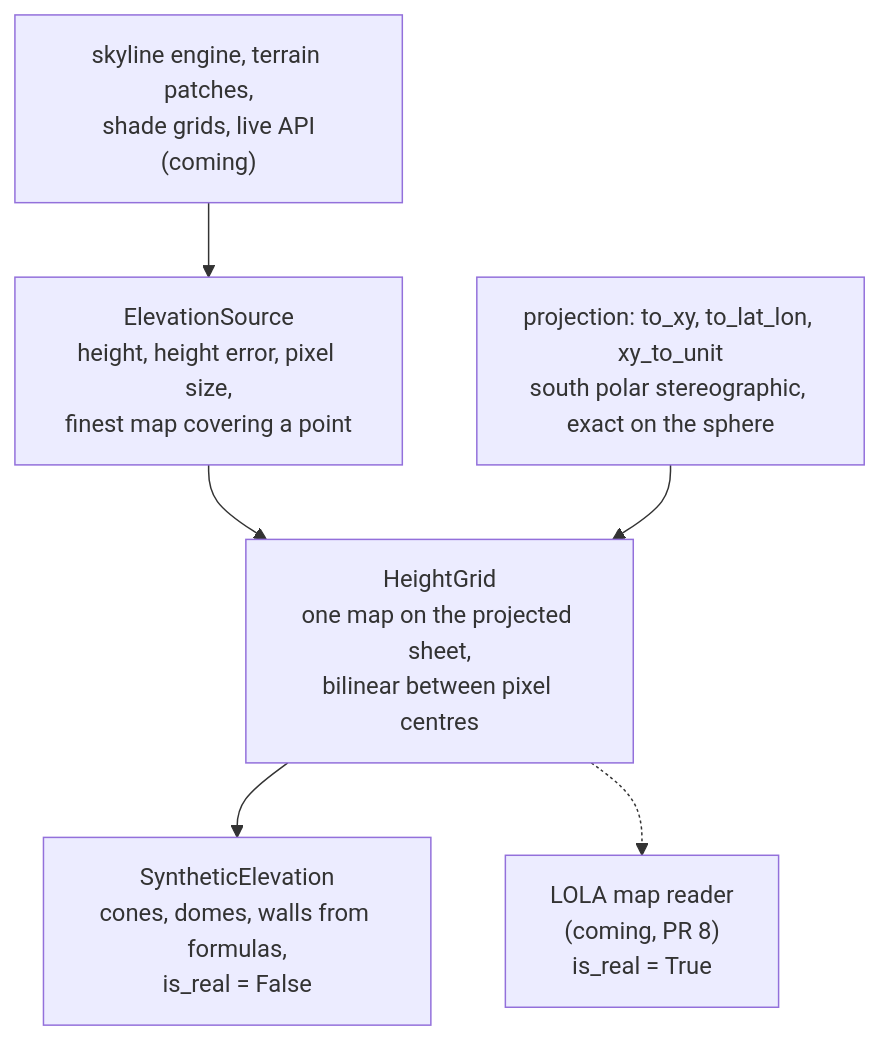
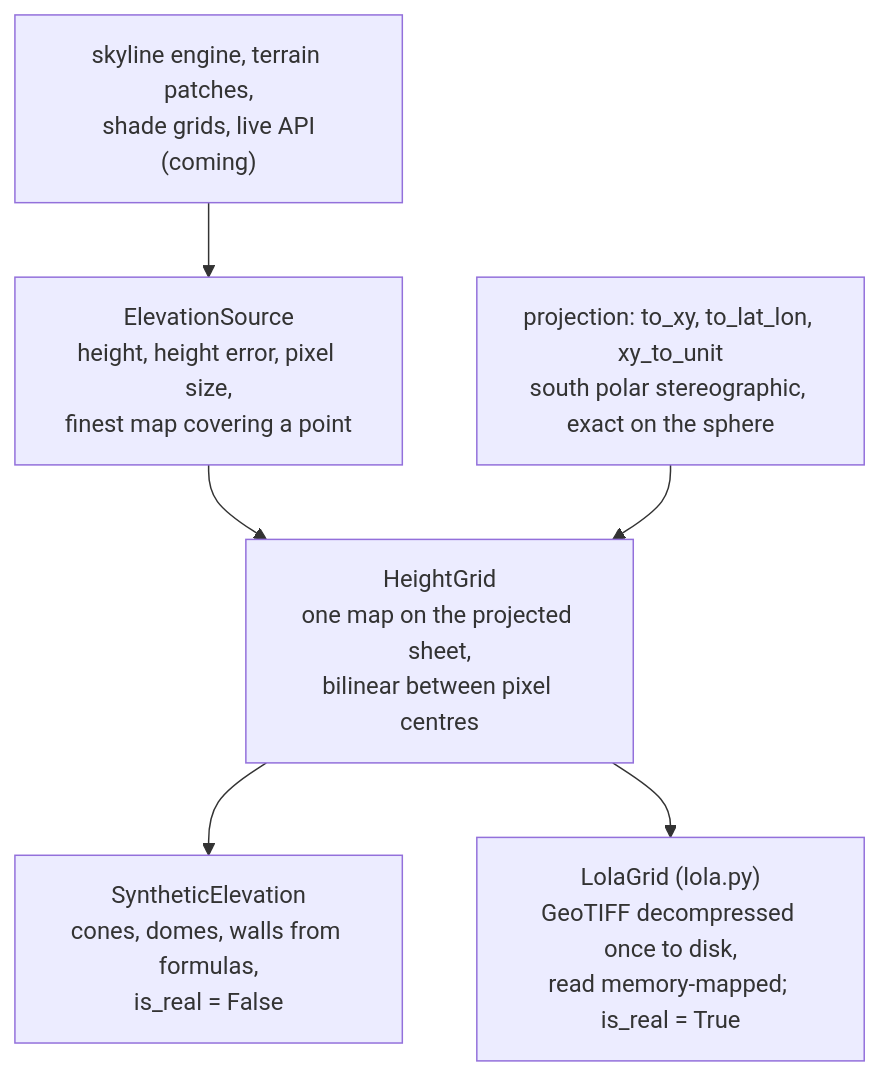
The third of 8 diagrams in docs/ARCHITECTURE.md (Yacin1102/Lunar-Landing-Site-Navigator), drawn with Mermaid before and after one commit. The commit also changed other lines of this file and 6 other files, not shown here.

First line of the commit message:
Add the LOLA map reader

````diff
--- a/docs/ARCHITECTURE.md
+++ b/docs/ARCHITECTURE.md
@@ -80,8 +82,8 @@
 ```mermaid
 flowchart TD
     users["skyline engine, terrain patches,<br/>shade grids, live API<br/>(coming)"] --> source[ElevationSource<br/>height, height error, pixel size,<br/>finest map covering a point]
     source --> grid[HeightGrid<br/>one map on the projected sheet,<br/>bilinear between pixel centres]
     grid --> synth[SyntheticElevation<br/>cones, domes, walls from formulas,<br/>is_real = False]
-    grid -.-> lola["LOLA map reader<br/>(coming, PR 8)<br/>is_real = True"]
+    grid --> lola["LolaGrid (lola.py)<br/>GeoTIFF decompressed once to disk,<br/>read memory-mapped; is_real = True"]
     proj["projection: to_xy, to_lat_lon, xy_to_unit<br/>south polar stereographic, exact on the sphere"] --> grid
 ```
````
